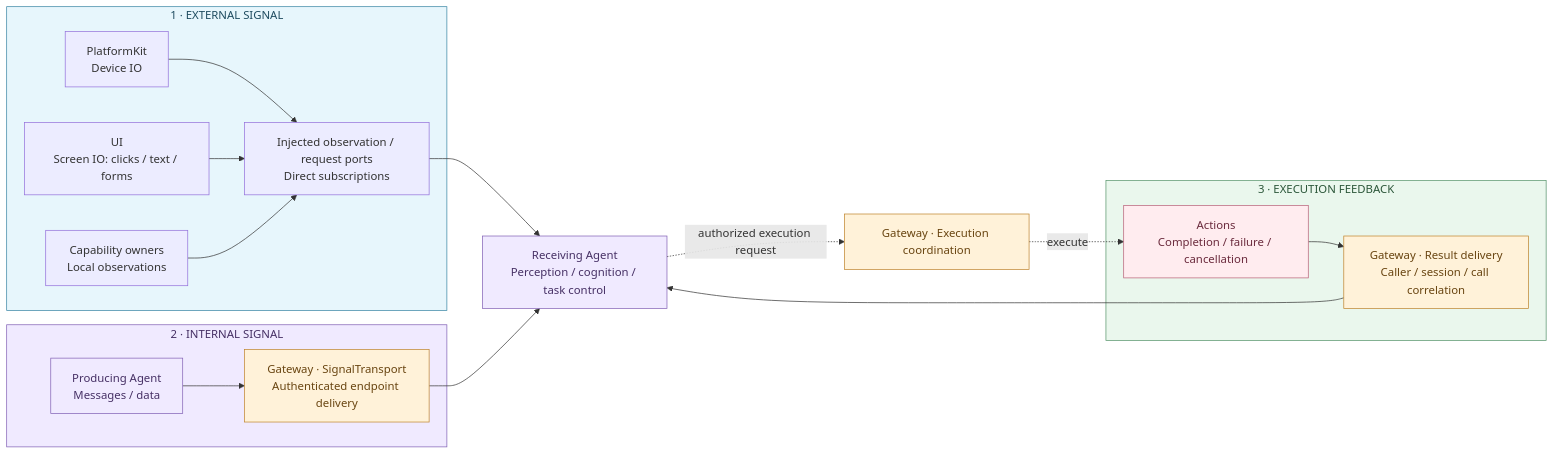
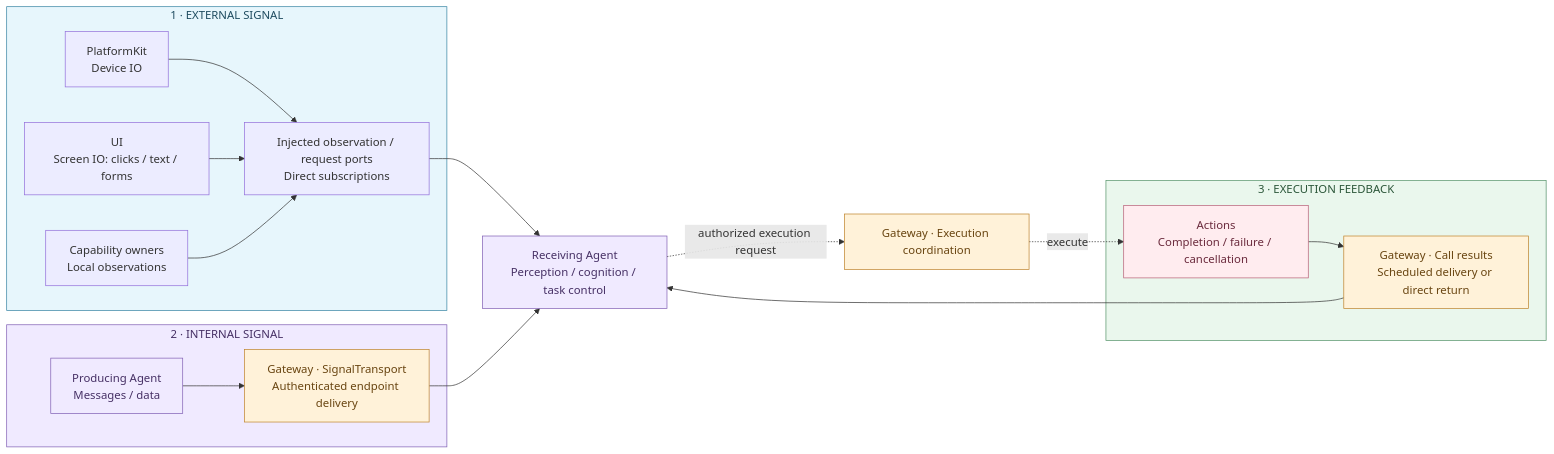
The fifth of 27 diagrams in MobileHarness/README.md (devilyouwei/MobileHarness), drawn with Mermaid before and after one commit. The commit also changed other lines of this file and 115 other files, not shown here.

````diff
--- a/MobileHarness/README.md
+++ b/MobileHarness/README.md
@@ -385,28 +377,28 @@
 ```mermaid
 flowchart LR
     subgraph External["1 · EXTERNAL SIGNAL"]
         P["PlatformKit<br/>Device IO"] --> D["Injected observation / request ports<br/>Direct subscriptions"]
         U["UI<br/>Screen IO: clicks / text / forms"] --> D
         O["Capability owners<br/>Local observations"] --> D
     end
     subgraph Internal["2 · INTERNAL SIGNAL"]
         Peer["Producing Agent<br/>Messages / data"] --> T["Gateway · SignalTransport<br/>Authenticated endpoint delivery"]
     end
     subgraph Feedback["3 · EXECUTION FEEDBACK"]
-        X["Actions<br/>Completion / failure / cancellation"] --> R["Gateway · Result delivery<br/>Caller / session / call correlation"]
+        X["Actions<br/>Completion / failure / cancellation"] --> R["Gateway · Call results<br/>Scheduled delivery or direct return"]
     end
     D --> A["Receiving Agent<br/>Perception / cognition / task control"]
     T --> A
     R --> A
     A -.->|"authorized execution request"| E["Gateway · Execution coordination"]
     E -.->|"execute"| X
     style External fill:#e7f6fc,stroke:#3985a4,color:#1f4c60
     style Internal fill:#f0eaff,stroke:#8261b5,color:#463065
     style Feedback fill:#eaf7ed,stroke:#56936a,color:#2c573a
     classDef agent fill:#f0eaff,stroke:#8261b5,color:#463065
     classDef gateway fill:#fff2d9,stroke:#bf842c,color:#694511
     classDef action fill:#ffecef,stroke:#b86178,color:#6b2b3d
     class A,Peer agent
     class T,R,E gateway
     class X action
 ```
````
